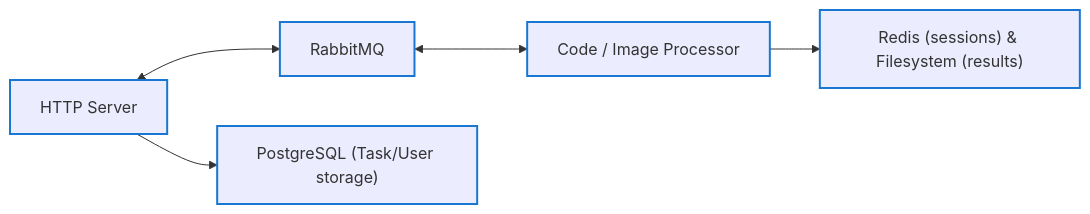
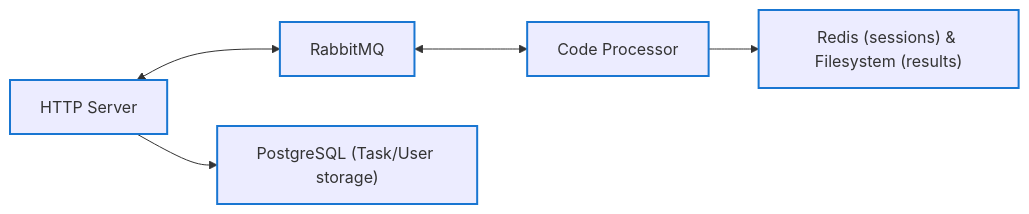
One commit to ffoky/Code-processor changed the first of 3 diagrams in README.md. Above: the diagram before and after it, drawn with Mermaid.

````diff
--- a/README.md
+++ b/README.md
@@ -28,18 +28,18 @@
 ```mermaid
 flowchart LR 
   HTTPServer["HTTP Server"] 
   RabbitMQ["RabbitMQ"] 
-  Processor["Code / Image Processor"]
+  Processor["Code Processor"]
   PostgreSQL["PostgreSQL (Task/User storage)"]
   Storage["Redis (sessions) & Filesystem (results)"]
 
   HTTPServer <--> RabbitMQ
   RabbitMQ <--> Processor
 
   HTTPServer --> PostgreSQL
   Processor --> Storage
 
   %% Стилизация только рамки (чтобы сохранить адаптивность фона!)
   classDef core stroke:#1976d2,stroke-width:2px;
   class HTTPServer,RabbitMQ,Processor,PostgreSQL,Storage core;
 ```
````
